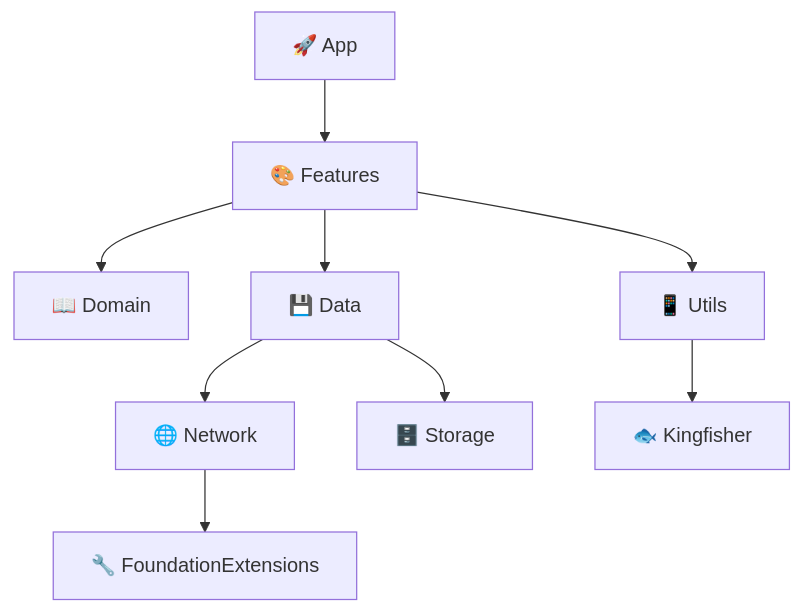
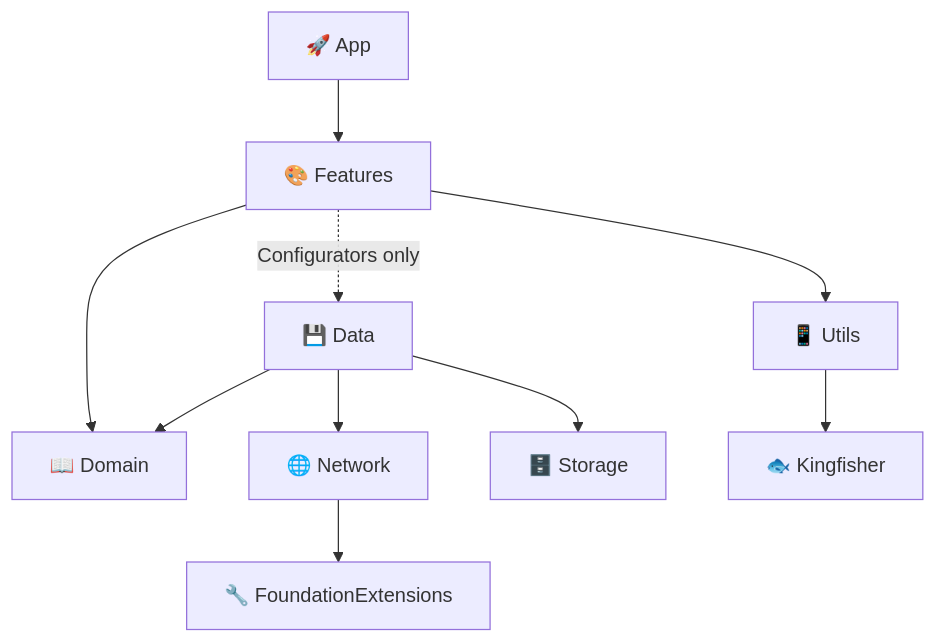
Before and after one commit to AhmedYasserAbdElrhman/MovieApp: the diagram in README.md, drawn with Mermaid. The commit also changed other lines of this file, not shown here.

````diff
--- a/README.md
+++ b/README.md
@@ -33,21 +33,22 @@
 ```mermaid
 graph TD
   App["🚀 App"]
   Features["🎨 Features"]
   Domain["📖 Domain"]
   Data["💾 Data"]
   Utils["📱 Utils"]
   Network["🌐 Network"]
   Storage["🗄️ Storage"]
   FoundationExtensions["🔧 FoundationExtensions"]
   Kingfisher["🐟 Kingfisher"]
 
   App --> Features
   Features --> Domain
-  Features --> Data
+  Features -.->|Configurators only| Data
   Features --> Utils
+  Data --> Domain
   Data --> Network
   Data --> Storage
   Network --> FoundationExtensions
   Utils --> Kingfisher
 ```
````
